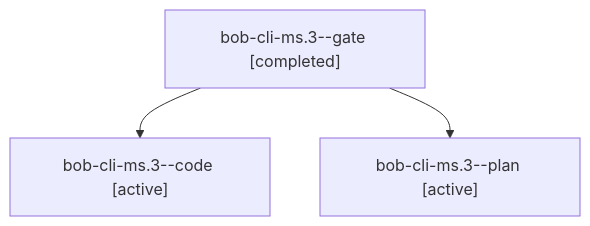
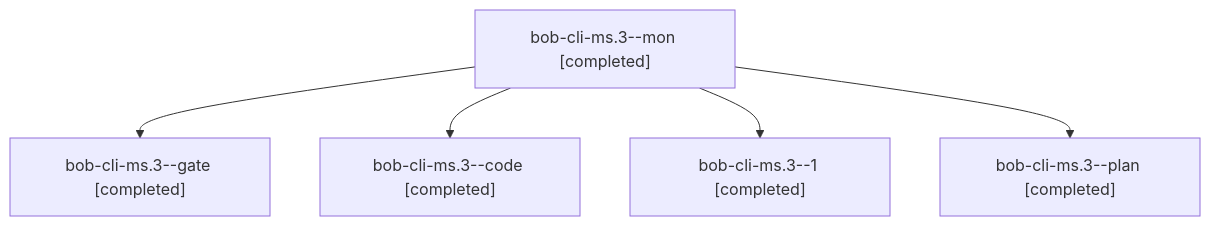
One commit to bobs-org/bob-cli--agents changed the diagram in sessions/bbugyi200.apollo.bob-cli-ms.3.md. Above: the diagram before and after it, drawn with Mermaid. The commit also changed other lines of this file and 41 other files, not shown here.

````diff
--- a/sessions/bbugyi200.apollo.bob-cli-ms.3.md
+++ b/sessions/bbugyi200.apollo.bob-cli-ms.3.md
@@ -9,8 +9,12 @@
 ```mermaid
 flowchart TD
-  n0["bob-cli-ms.3--gate [completed]"]
-  n1["bob-cli-ms.3--code [active]"]
+  n0["bob-cli-ms.3--mon [completed]"]
+  n1["bob-cli-ms.3--gate [completed]"]
   n0 --> n1
-  n2["bob-cli-ms.3--plan [active]"]
+  n2["bob-cli-ms.3--code [completed]"]
   n0 --> n2
+  n3["bob-cli-ms.3--1 [completed]"]
+  n0 --> n3
+  n4["bob-cli-ms.3--plan [completed]"]
+  n0 --> n4
 ```
````
